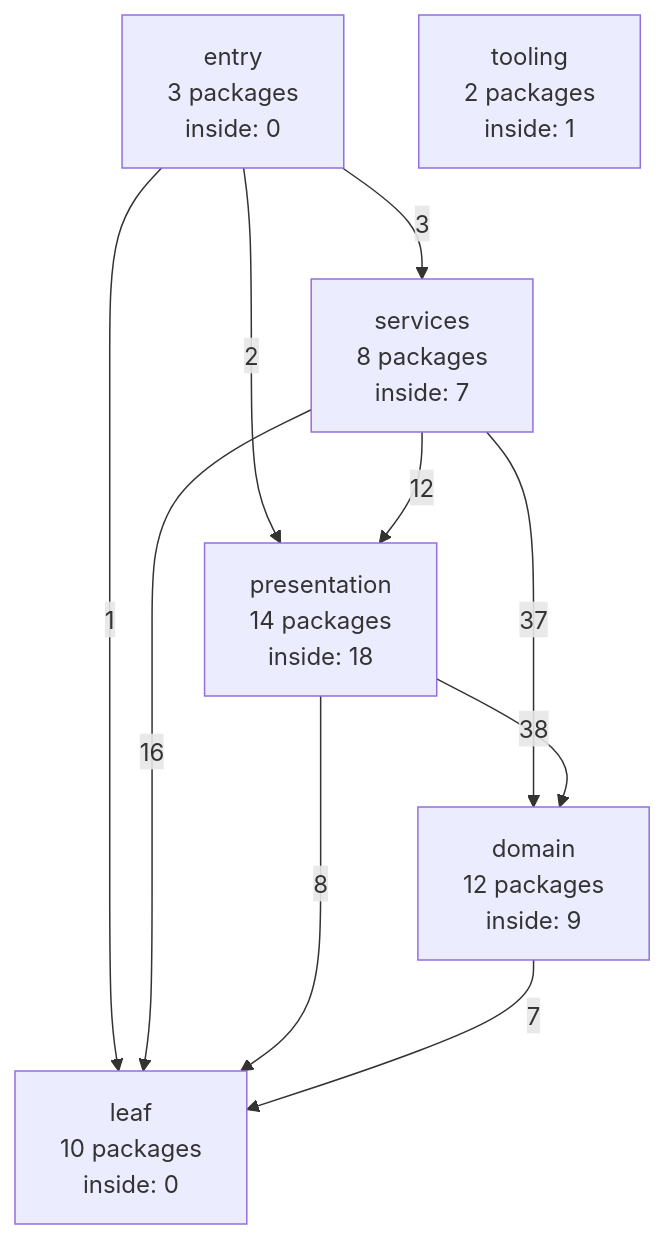
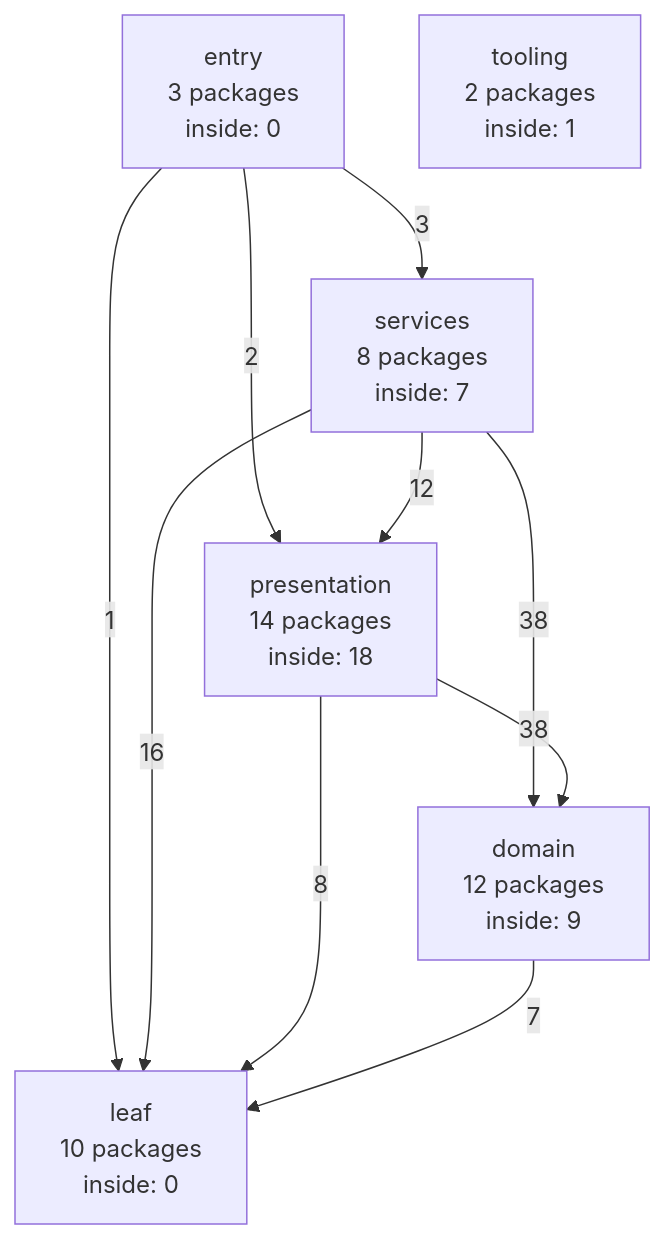
The diagram in docs/internals/generated/package-graph.md (ladydascalie/dm), drawn with Mermaid before and after one commit. The commit also changed other lines of this file and 1 other file, not shown here.

````diff
--- a/docs/internals/generated/package-graph.md
+++ b/docs/internals/generated/package-graph.md
@@ -58,18 +58,18 @@
 ```mermaid
 flowchart TD
   entry["entry<br/>3 packages<br/>inside: 0"]
   services["services<br/>8 packages<br/>inside: 7"]
   presentation["presentation<br/>14 packages<br/>inside: 18"]
   domain["domain<br/>12 packages<br/>inside: 9"]
   leaf["leaf<br/>10 packages<br/>inside: 0"]
   tooling["tooling<br/>2 packages<br/>inside: 1"]
   entry -->|3| services
   entry -->|2| presentation
   entry -->|1| leaf
   services -->|12| presentation
-  services -->|37| domain
+  services -->|38| domain
   services -->|16| leaf
   presentation -->|38| domain
   presentation -->|8| leaf
   domain -->|7| leaf
 ```
````
